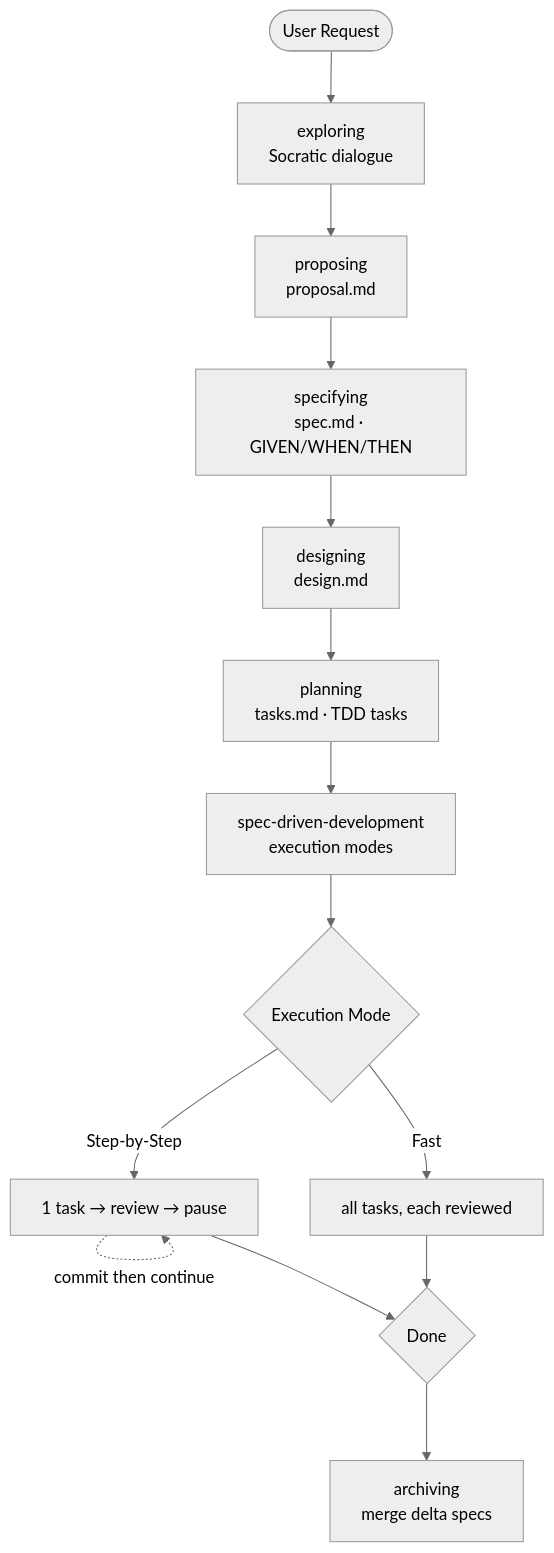
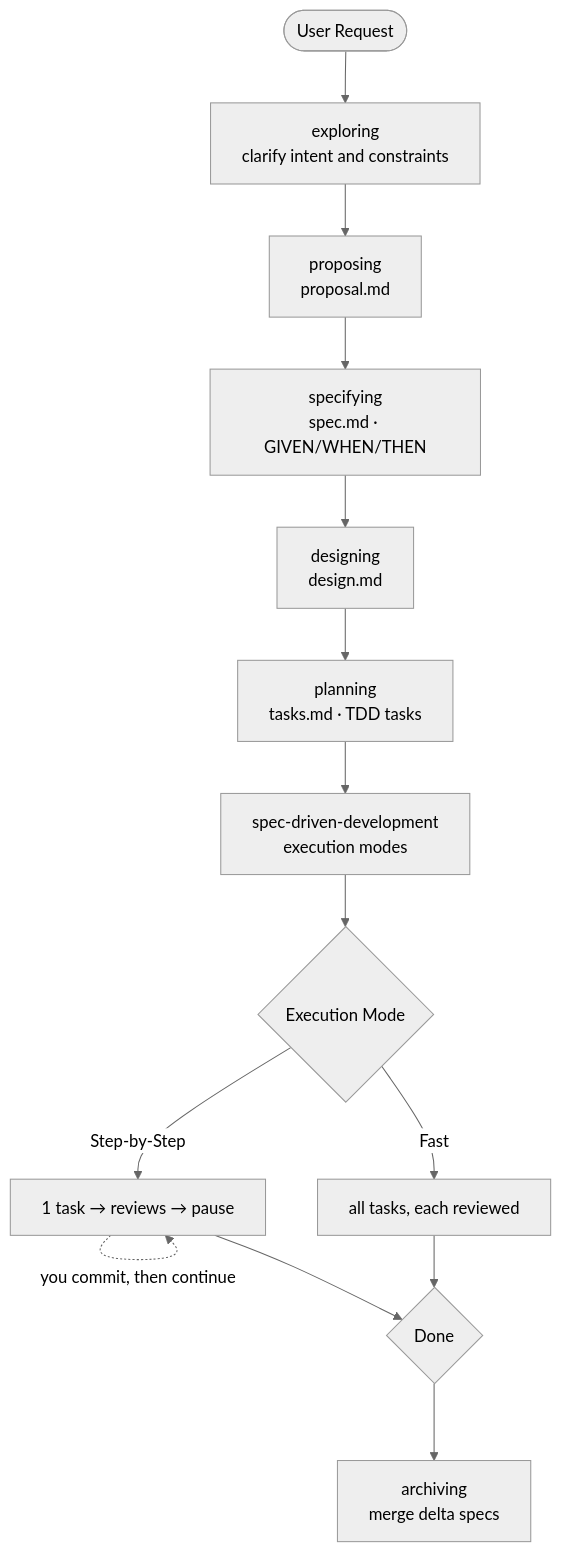
One commit to NSObjects/specpowers changed the first of 2 diagrams in README.md. Above: the diagram before and after it, drawn with Mermaid (neutral theme). The commit also changed other lines of this file and 22 other files, not shown here.

````diff
--- a/README.md
+++ b/README.md
@@ -43,16 +46,16 @@
 ```mermaid
 flowchart TD
-    Start([User Request]) --> Exploring[exploring<br/>Socratic dialogue]
+    Start([User Request]) --> Exploring[exploring<br/>clarify intent and constraints]
     Exploring --> Proposing[proposing<br/>proposal.md]
     Proposing --> Specifying[specifying<br/>spec.md · GIVEN/WHEN/THEN]
     Specifying --> Designing[designing<br/>design.md]
     Designing --> Planning[planning<br/>tasks.md · TDD tasks]
     Planning --> Execution[spec-driven-development<br/>execution modes]
     Execution --> Choice{Execution Mode}
-    Choice -->|Step-by-Step| Step[1 task → review → pause]
+    Choice -->|Step-by-Step| Step[1 task → reviews → pause]
     Choice -->|Fast| Fast[all tasks, each reviewed]
-    Step -.->|commit then continue| Step
+    Step -.->|you commit, then continue| Step
     Step --> Done
     Fast --> Done
     Done{Done} --> Archiving[archiving<br/>merge delta specs]
 ```
````
